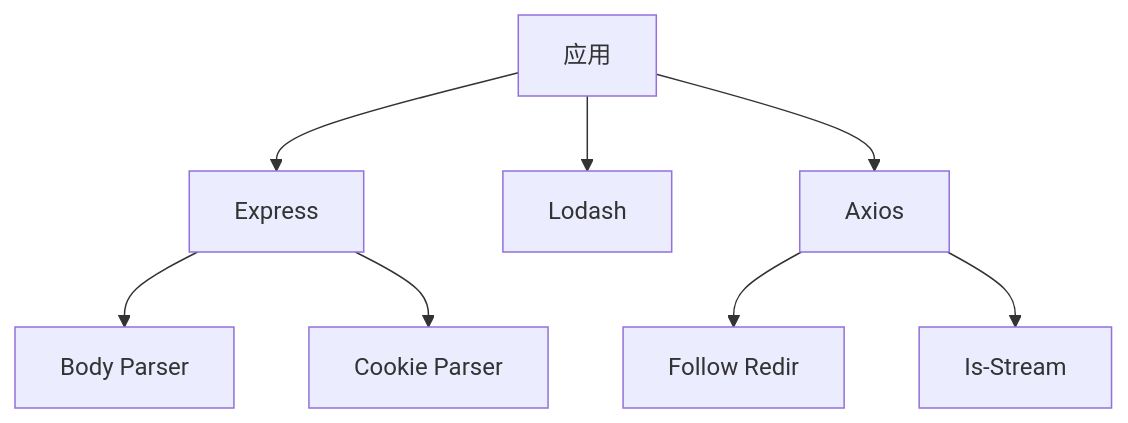
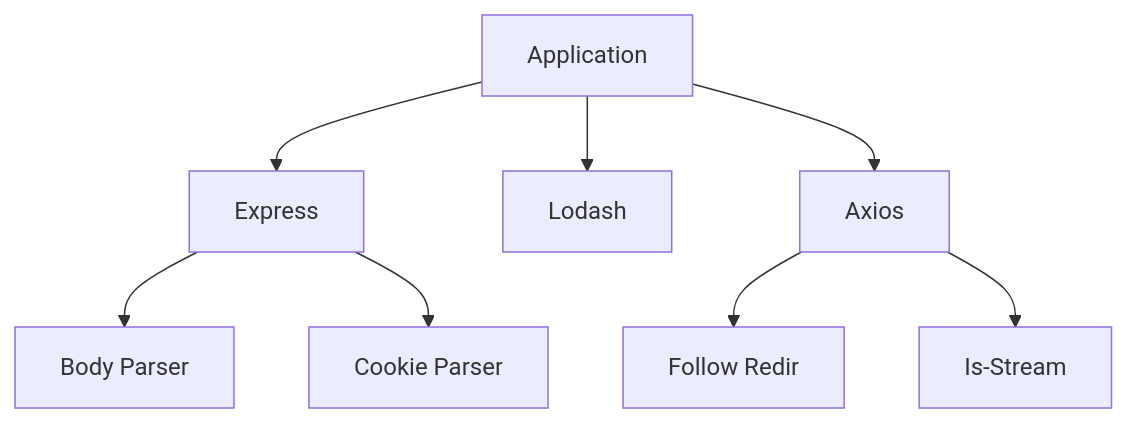
One commit to Kirky-X/diting changed the fourth of 4 diagrams in references/architecture/dependency-analysis.md. Above: the diagram before and after it, drawn with Mermaid. The commit also changed other lines of this file and 78 other files, not shown here.

````diff
--- a/references/architecture/dependency-analysis.md
+++ b/references/architecture/dependency-analysis.md
@@ -197,11 +197,11 @@
 ```mermaid
 flowchart TD
-    App["应用"]
+    App["Application"]
     App --> Express["Express"]
     App --> Lodash["Lodash"]
     App --> Axios["Axios"]
     Express --> Body["Body Parser"]
     Express --> Cookie["Cookie Parser"]
     Axios --> Follow["Follow Redir"]
     Axios --> IsStream["Is-Stream"]
 ```
````
